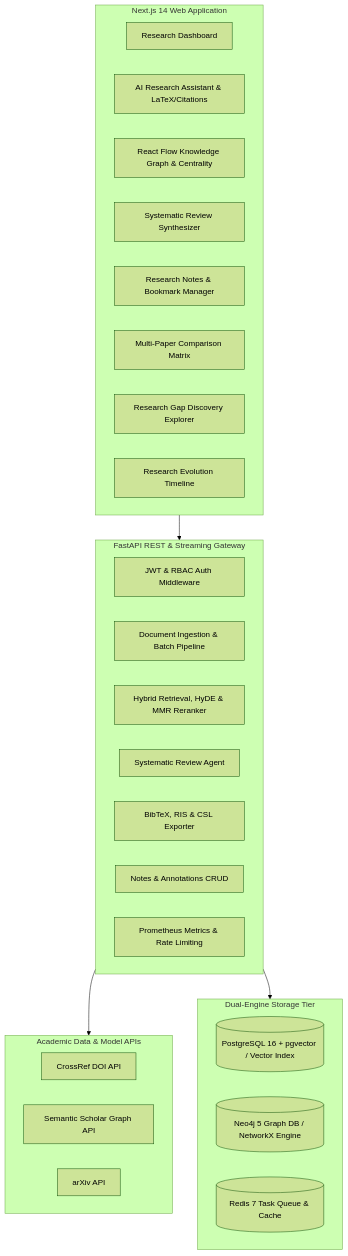
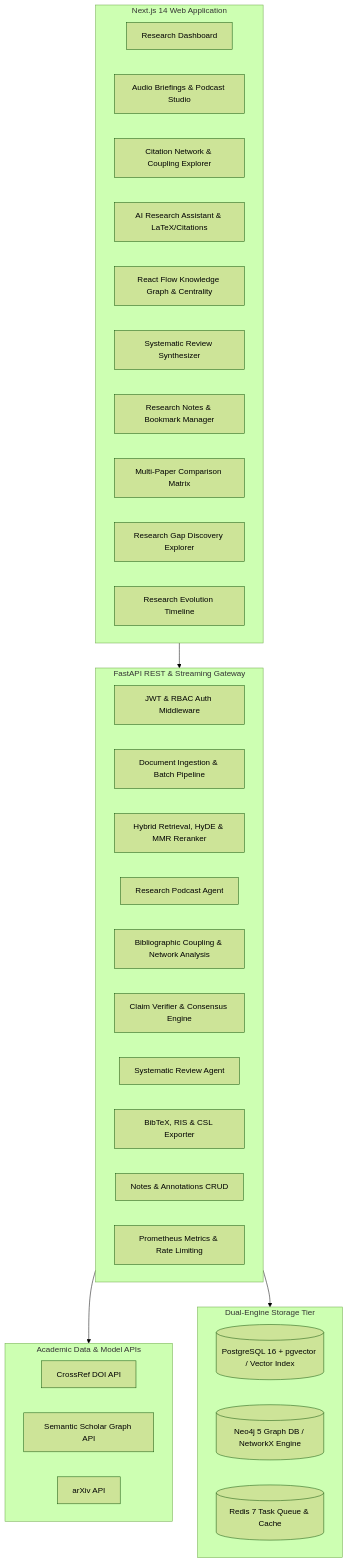
Before and after one commit to P-R-A-N-E-S-H/DeepGraph-AI: the diagram in README.md, drawn with Mermaid (forest theme). The commit also changed other lines of this file and 1 other file, not shown here.

Commit message:
docs: update README with Audio Briefing Studio, Citation Network, and 24-test benchmark suite

````diff
--- a/README.md
+++ b/README.md
@@ -32,39 +35,44 @@
 ```mermaid
 flowchart TB
     subgraph Frontend["Next.js 14 Web Application"]
         Overview[Research Dashboard]
+        PodcastsUI[Audio Briefings & Podcast Studio]
+        CitationsUI[Citation Network & Coupling Explorer]
         ChatUI[AI Research Assistant & LaTeX/Citations]
         GraphCanvas[React Flow Knowledge Graph & Centrality]
         ReviewsUI[Systematic Review Synthesizer]
         NotesUI[Research Notes & Bookmark Manager]
         CompareStudio[Multi-Paper Comparison Matrix]
         GapsExplorer[Research Gap Discovery Explorer]
         TimelineUI[Research Evolution Timeline]
     end
 
     subgraph API["FastAPI REST & Streaming Gateway"]
         AuthService[JWT & RBAC Auth Middleware]
         DocService[Document Ingestion & Batch Pipeline]
         SearchService[Hybrid Retrieval, HyDE & MMR Reranker]
+        PodcastService[Research Podcast Agent]
+        CitationsService[Bibliographic Coupling & Network Analysis]
+        VerifyService[Claim Verifier & Consensus Engine]
         ReviewService[Systematic Review Agent]
         ExportService[BibTeX, RIS & CSL Exporter]
         NotesService[Notes & Annotations CRUD]
         MetricsService[Prometheus Metrics & Rate Limiting]
     end
 
     subgraph External["Academic Data & Model APIs"]
         CrossRef[CrossRef DOI API]
         SemanticScholar[Semantic Scholar Graph API]
         ArXiv[arXiv API]
     end
 
     subgraph Storage["Dual-Engine Storage Tier"]
         Postgres[(PostgreSQL 16 + pgvector / Vector Index)]
         Neo4j[(Neo4j 5 Graph DB / NetworkX Engine)]
         Redis[(Redis 7 Task Queue & Cache)]
     end
 
     Frontend --> API
     API --> External
     API --> Storage
 ```
````
